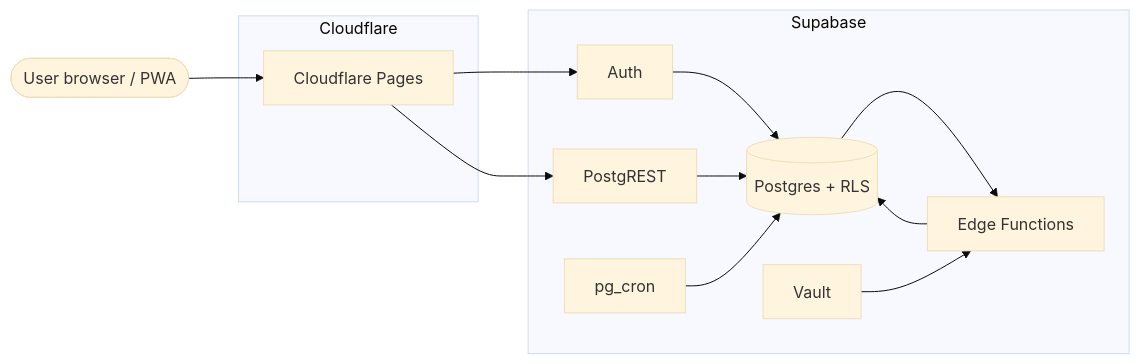
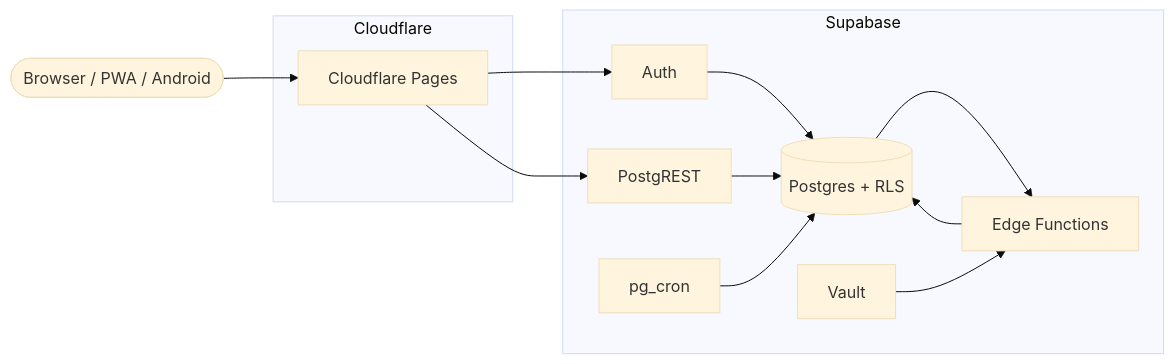
Before and after one commit to adrianghub/portfelik: the first of 4 diagrams in docs/architecture/overview.md, drawn with Mermaid (base theme). The commit also changed other lines of this file and 35 other files, not shown here.

````diff
--- a/docs/architecture/overview.md
+++ b/docs/architecture/overview.md
@@ -9,27 +10,27 @@
 ```mermaid
 flowchart LR
-  user([User browser / PWA])
+  user([Browser / PWA / Android])
 
   subgraph cf[Cloudflare]
     pages[Cloudflare Pages]
   end
 
   subgraph sb[Supabase]
     auth[Auth]
     rest[PostgREST]
     pg[(Postgres + RLS)]
     ef[Edge Functions]
     cron[pg_cron]
     vault[Vault]
   end
 
   user --> pages
   pages --> auth
   pages --> rest
   rest --> pg
   auth --> pg
   cron --> pg
   pg --> ef
   ef --> pg
   vault --> ef
 ```
````
